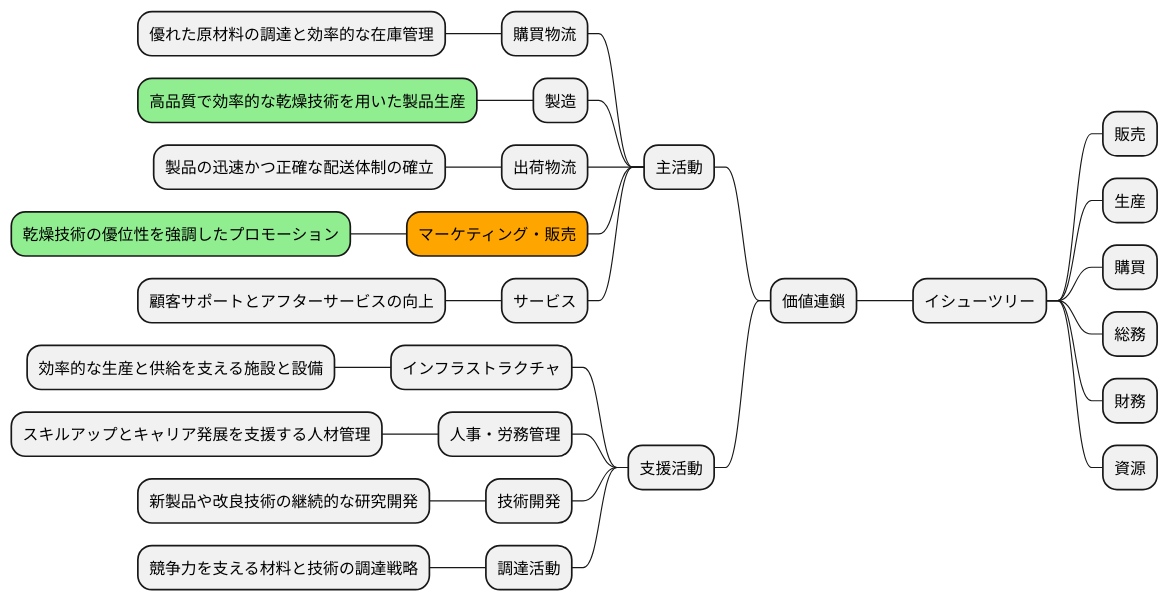
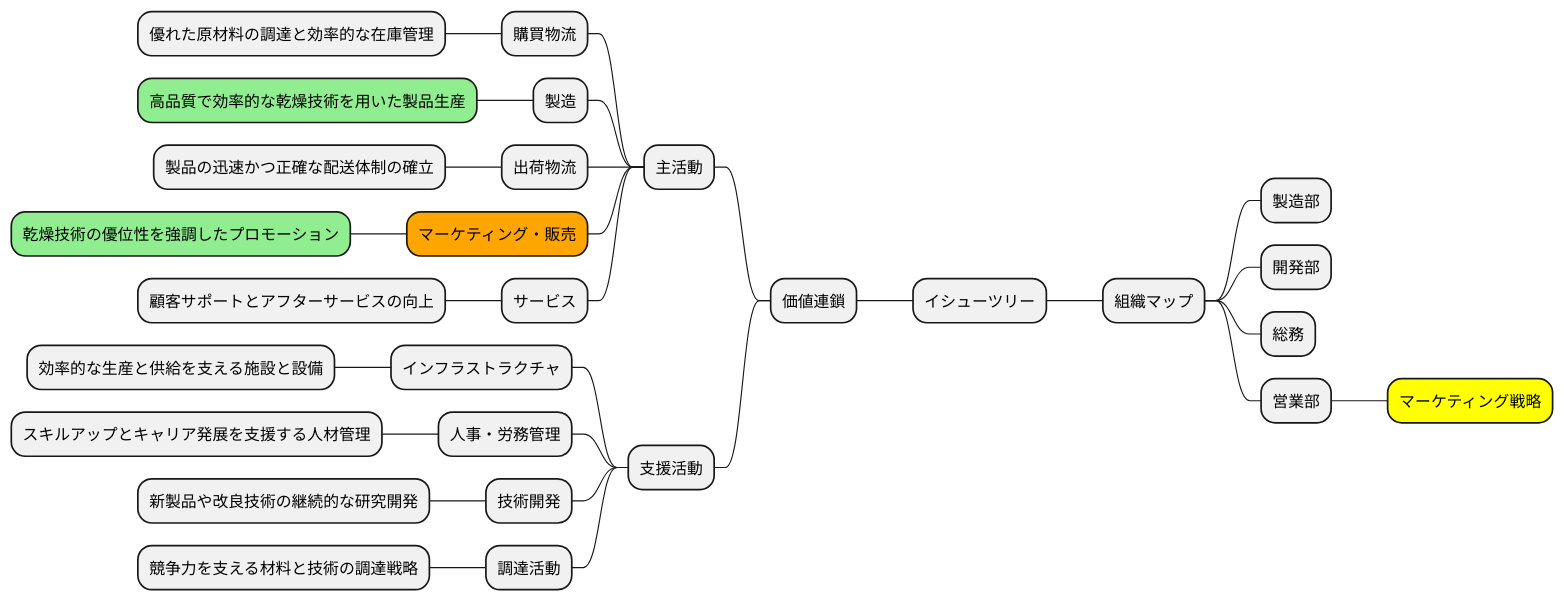
One commit to k2works/case-sutudy-business-analysis changed diagram 15 of 19 in docs/case/r01_case_1.adoc. Above: the diagram before and after it, drawn with PlantUML. The commit also changed other lines of this file, not shown here.

```diff
--- a/docs/case/r01_case_1.adoc
+++ b/docs/case/r01_case_1.adoc
@@ -413,36 +478,38 @@
 [plantuml]
 ----
 @startmindmap
 
 * イシューツリー
-** 販売
-** 生産
-** 購買
-** 総務
-** 財務
-** 資源
 left side
 ** 価値連鎖
 *** 主活動
 **** 購買物流
 ***** 優れた原材料の調達と効率的な在庫管理
 **** 製造
 *****[#lightgreen] 高品質で効率的な乾燥技術を用いた製品生産
 **** 出荷物流
 ***** 製品の迅速かつ正確な配送体制の確立
 ****[#orange] マーケティング・販売
 *****[#lightgreen] 乾燥技術の優位性を強調したプロモーション
 **** サービス
 ***** 顧客サポートとアフターサービスの向上
 *** 支援活動
 **** インフラストラクチャ
 ***** 効率的な生産と供給を支える施設と設備
 **** 人事・労務管理
 ***** スキルアップとキャリア発展を支援する人材管理
 **** 技術開発
 ***** 新製品や改良技術の継続的な研究開発
 **** 調達活動
 ***** 競争力を支える材料と技術の調達戦略
+right side
+** 組織マップ
+*** 製造部
+*** 開発部
+*** 総務
+*** 営業部
+****[#yellow] マーケティング戦略
+
 
 @endmindmap
 ----
```
